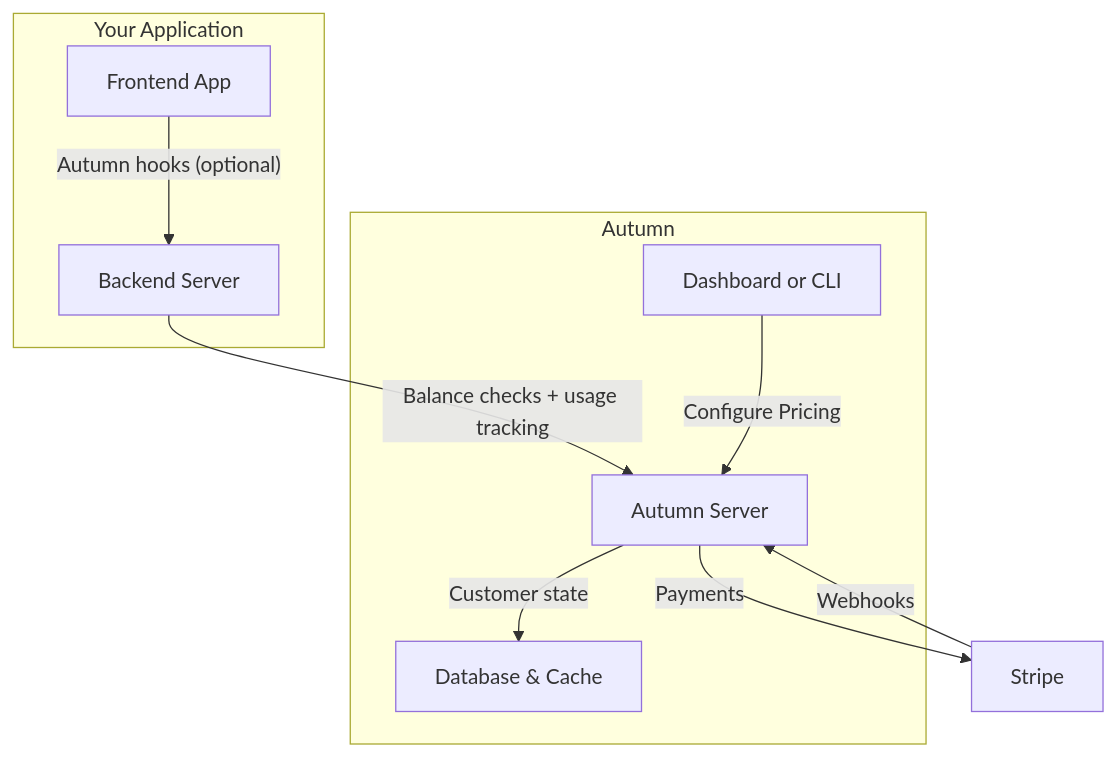
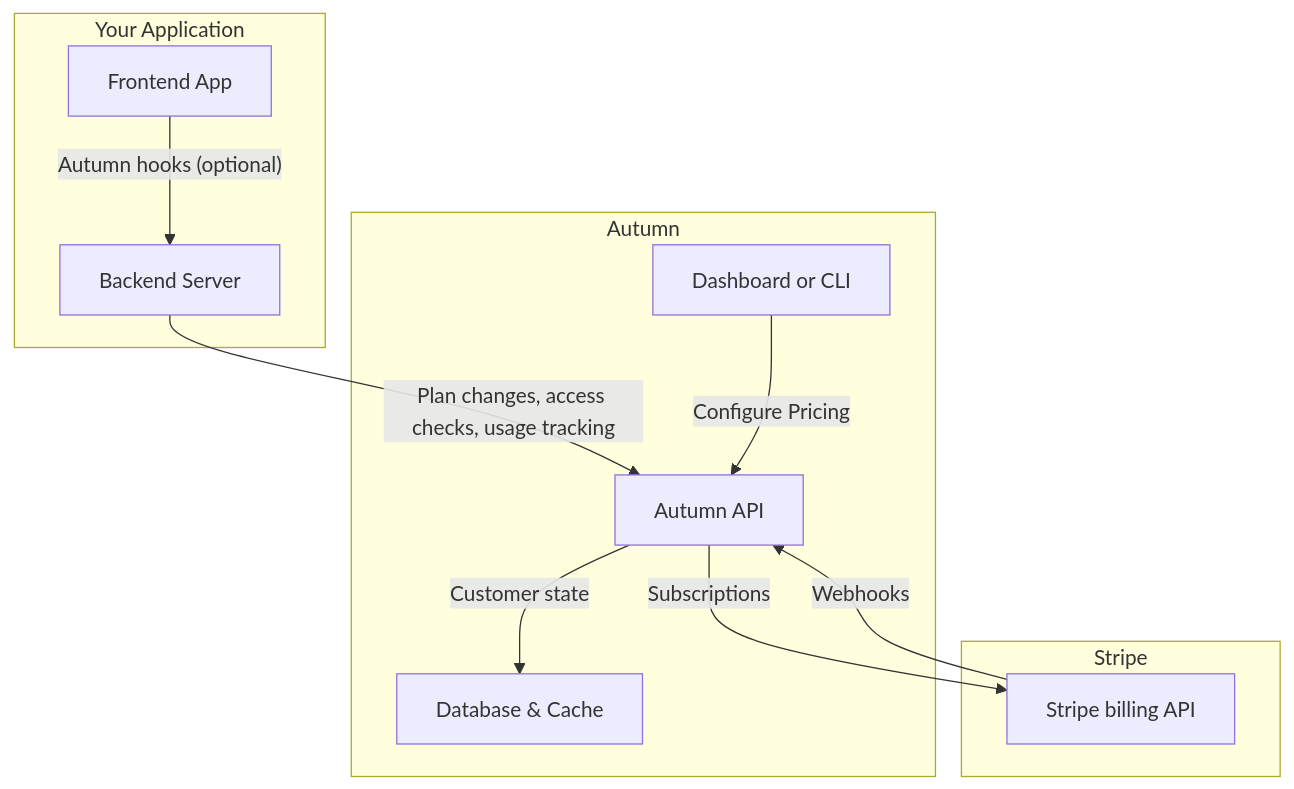
Before and after one commit to useautumn/autumn: the diagram in apps/docs/mintlify/welcome.mdx, drawn with Mermaid. The commit also changed other lines of this file and 25 other files, not shown here.

````diff
--- a/apps/docs/mintlify/welcome.mdx
+++ b/apps/docs/mintlify/welcome.mdx
@@ -13,22 +13,24 @@
 ```mermaid actions={false}
 flowchart TD
     subgraph app["Your Application"]
         A["Frontend App"]
         B["Backend Server"]
     end
 
     subgraph autumn["Autumn"]
-        C["Autumn Server"]
+        C["Autumn API"]
         D["Dashboard or CLI"]
         E["Database & Cache"]
     end
 
-    F["Stripe"]
+    subgraph stripe["Stripe"]
+        F["Stripe billing API"]
+    end
 
     A -- "Autumn hooks (optional)" --> B
-    B -- "Balance checks + usage tracking" --> C
+    B -- "Plan changes, access checks, usage tracking" --> C
     C -- "Customer state" --> E
-    C -- "Payments" --> F
+    C -- "Subscriptions" --> F
     F -- "Webhooks" --> C
     D -- "Configure Pricing" --> C
 ```
````
